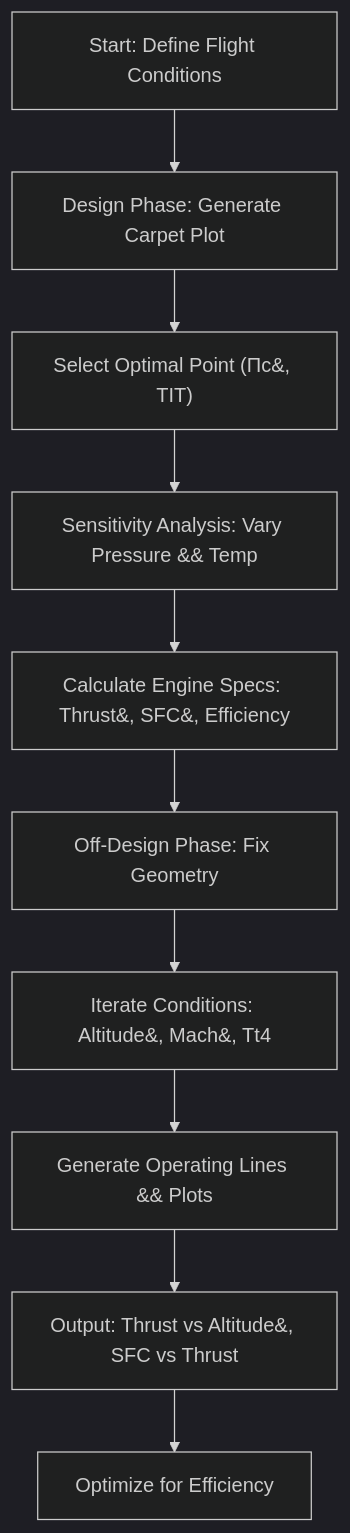
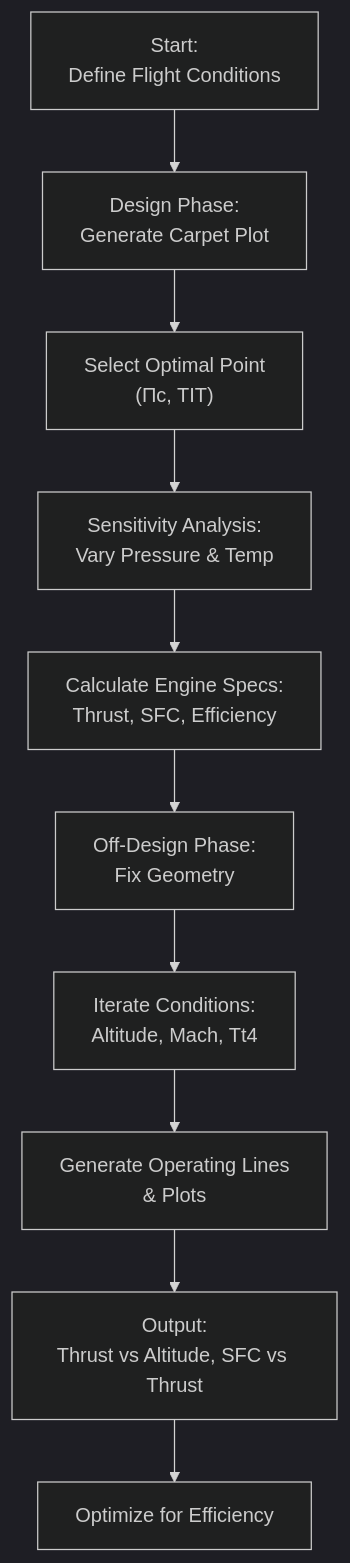
One commit to honda003/Jet-Engine-Design-Optimization changed the diagram in README.md. Above: the diagram before and after it, drawn with Mermaid (dark theme).

````diff
--- a/README.md
+++ b/README.md
@@ -72,13 +72,13 @@
 ```mermaid
 graph TD;
-    A["Start: Define Flight Conditions"] --> B["Design Phase: Generate Carpet Plot"];
-    B --> C["Select Optimal Point (Πc&#44; TIT)"];
-    C --> D["Sensitivity Analysis: Vary Pressure &#38; Temp"];
-    D --> E["Calculate Engine Specs: Thrust&#44; SFC&#44; Efficiency"];
-    E --> F["Off-Design Phase: Fix Geometry"];
-    F --> G["Iterate Conditions: Altitude&#44; Mach&#44; Tt4"];
-    G --> H["Generate Operating Lines &#38; Plots"];
-    H --> I["Output: Thrust vs Altitude&#44; SFC vs Thrust"];
+    A["Start:<br/>Define Flight Conditions"] --> B["Design Phase:<br/>Generate Carpet Plot"];
+    B --> C["Select Optimal Point<br/>(Πc, TIT)"];
+    C --> D["Sensitivity Analysis:<br/>Vary Pressure & Temp"];
+    D --> E["Calculate Engine Specs:<br/>Thrust, SFC, Efficiency"];
+    E --> F["Off-Design Phase:<br/>Fix Geometry"];
+    F --> G["Iterate Conditions:<br/>Altitude, Mach, Tt4"];
+    G --> H["Generate Operating Lines<br/>& Plots"];
+    H --> I["Output:<br/>Thrust vs Altitude, SFC vs Thrust"];
     I --> J["Optimize for Efficiency"];
 
 ```
````
